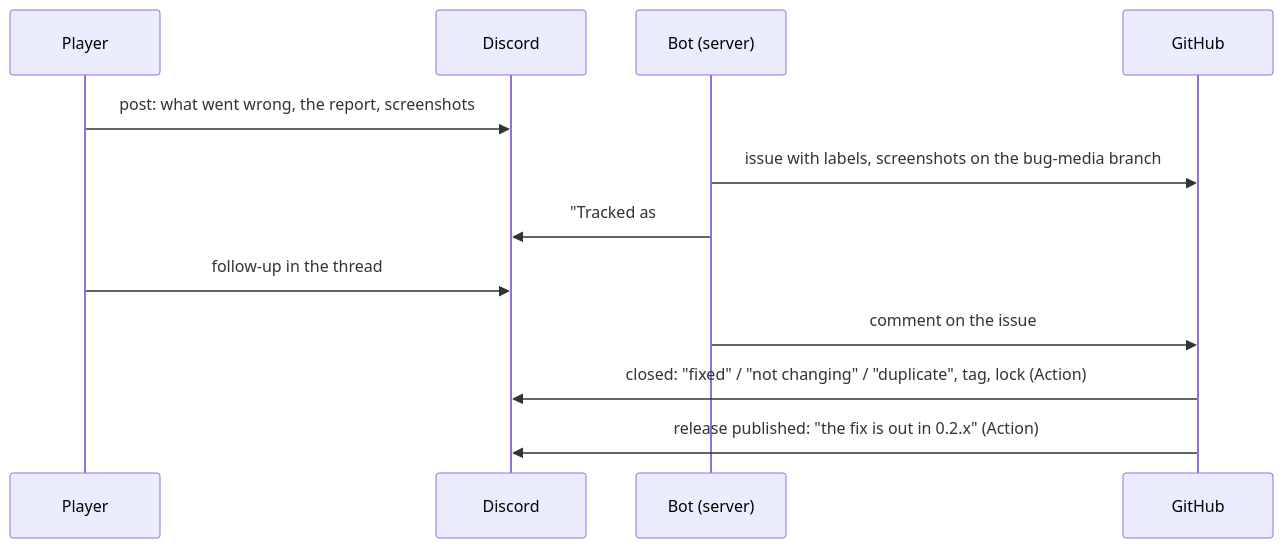
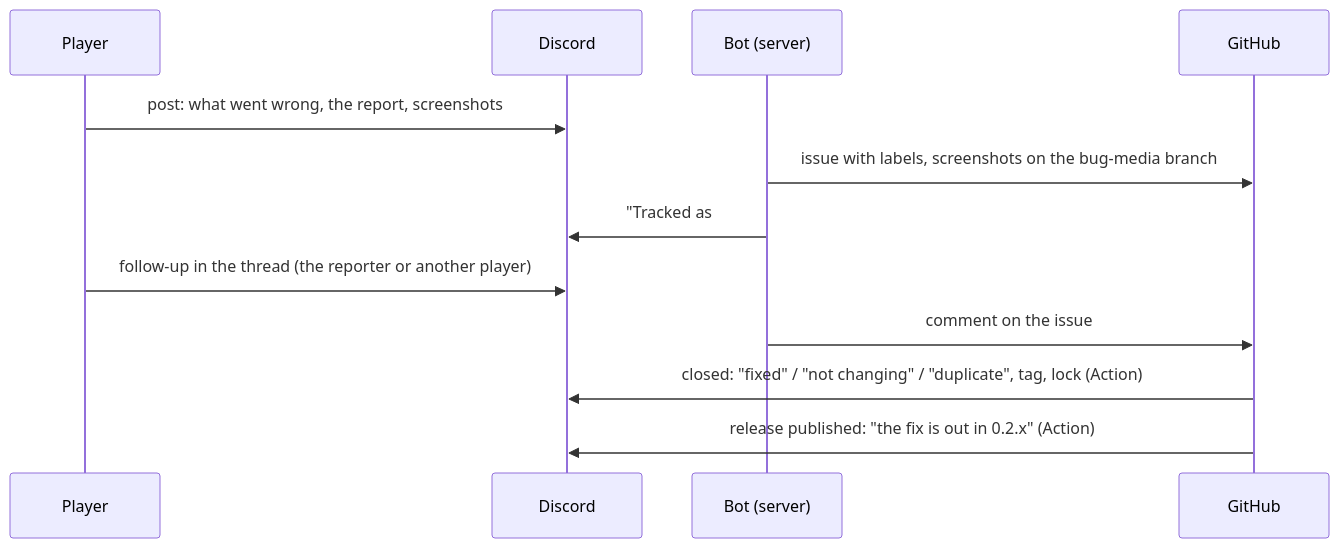
Before and after one commit to CDVolvik/polestar: the diagram in tools/discord-bot/README.md, drawn with Mermaid. The commit also changed other lines of this file and 4 other files, not shown here.

Commit message:
Tools: the bug bot copies every player's message in a tracked #bugs thread to its issue, not only the reporter's; the reporter's comments say "(the reporter)"

````diff
--- a/tools/discord-bot/README.md
+++ b/tools/discord-bot/README.md
@@ -7,14 +7,14 @@
 ```mermaid
 sequenceDiagram
   participant P as Player
   participant D as Discord #bugs
   participant B as Bot (server)
   participant G as GitHub
   P->>D: post: what went wrong, the report, screenshots
   B->>G: issue with labels, screenshots on the bug-media branch
   B->>D: "Tracked as #N", tag Tracked
-  P->>D: follow-up in the thread
+  P->>D: follow-up in the thread (the reporter or another player)
   B->>G: comment on the issue
   G->>D: closed: "fixed" / "not changing" / "duplicate", tag, lock (Action)
   G->>D: release published: "the fix is out in 0.2.x" (Action)
 ```
````
